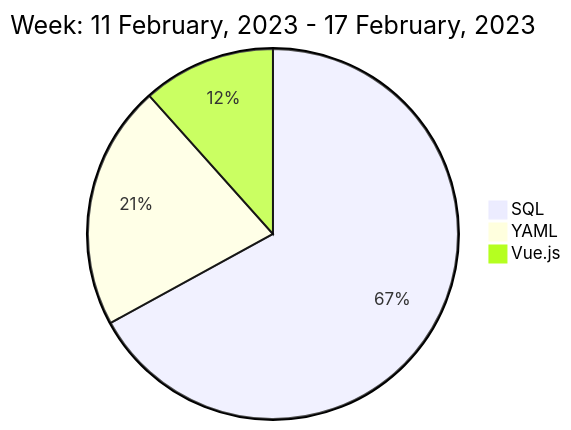
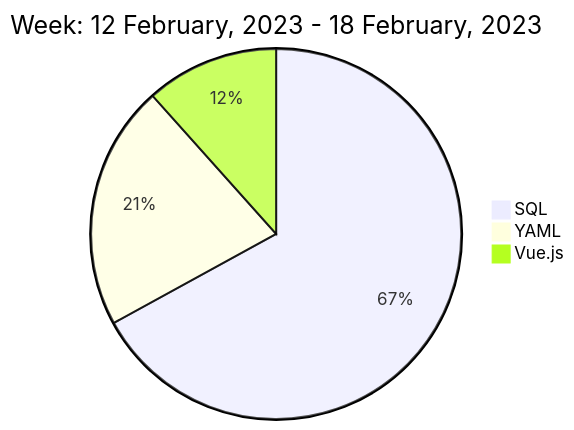
One commit to liubin95/liubin95 changed the diagram in README.md. Above: the diagram before and after it, drawn with Mermaid.

Commit message:
Updated the Graph with new Metrics

````diff
--- a/README.md
+++ b/README.md
@@ -40,7 +40,7 @@
 ```mermaid
  pie
-title Week: 11 February, 2023 - 17 February, 2023
+title Week: 12 February, 2023 - 18 February, 2023
  "SQL" : 4.33
  "YAML" : 1.38
  "Vue.js" : 0.75
 ```
````
